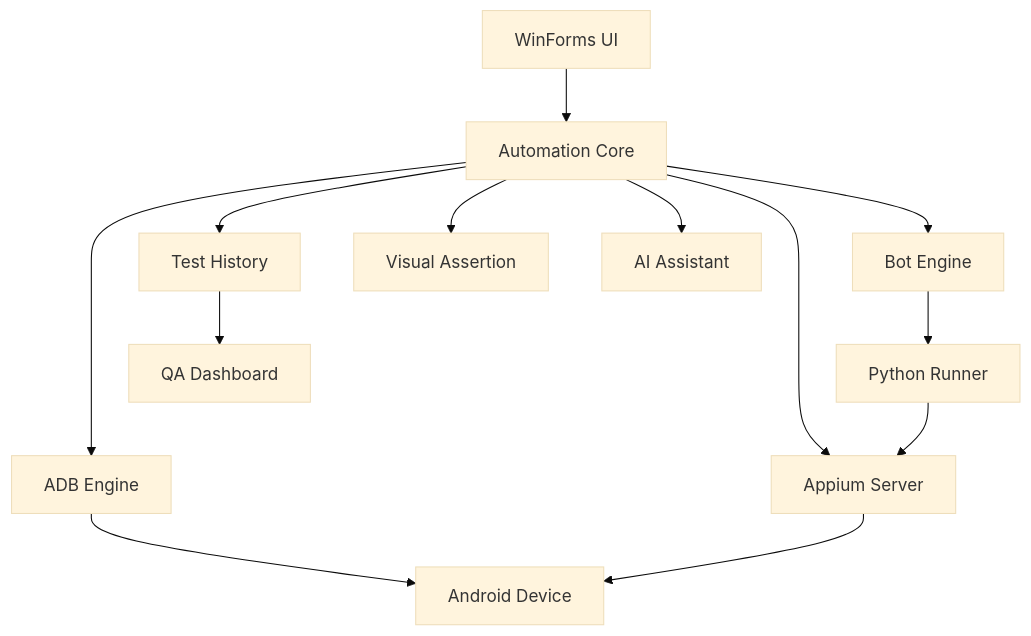
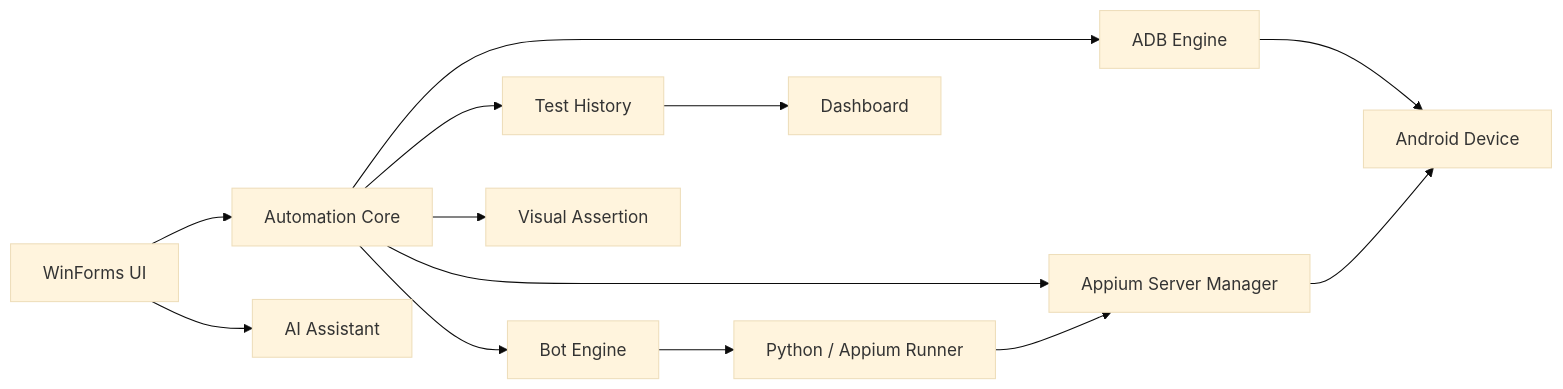
The diagram in README.md (ghdtmd4117/Appium_Builder_Reborn), drawn with Mermaid (base theme) before and after one commit. The commit also changed other lines of this file and 16 other files, not shown here.

````diff
--- a/README.md
+++ b/README.md
@@ -217,37 +61,27 @@
 ```mermaid
-flowchart TB
-
-    UI["WinForms UI"]
-
-    CORE["Automation Core"]
-
-    ADB["ADB Engine"]
-    APPIUM["Appium Server"]
-    BOT["Bot Engine"]
-    PYTHON["Python Runner"]
-
-    DEVICE["Android Device"]
-
-    HISTORY["Test History"]
-    VISUAL["Visual Assertion"]
-    AI["AI Assistant"]
-
-    DASHBOARD["QA Dashboard"]
+flowchart LR
+    UI[WinForms UI]
+    CORE[Automation Core]
+    ADB[ADB Engine]
+    SERVER[Appium Server Manager]
+    BOT[Bot Engine]
+    PY[Python / Appium Runner]
+    DEVICE[Android Device]
+    HISTORY[Test History]
+    VISUAL[Visual Assertion]
+    AI[AI Assistant]
+    DASH[Dashboard]
 
     UI --> CORE
-
     CORE --> ADB
-    CORE --> APPIUM
+    CORE --> SERVER
     CORE --> BOT
     CORE --> HISTORY
     CORE --> VISUAL
-    CORE --> AI
-
-    BOT --> PYTHON
-    PYTHON --> APPIUM
-
+    UI --> AI
+    BOT --> PY
+    PY --> SERVER
     ADB --> DEVICE
-    APPIUM --> DEVICE
-
-    HISTORY --> DASHBOARD
+    SERVER --> DEVICE
+    HISTORY --> DASH
 ```
````
